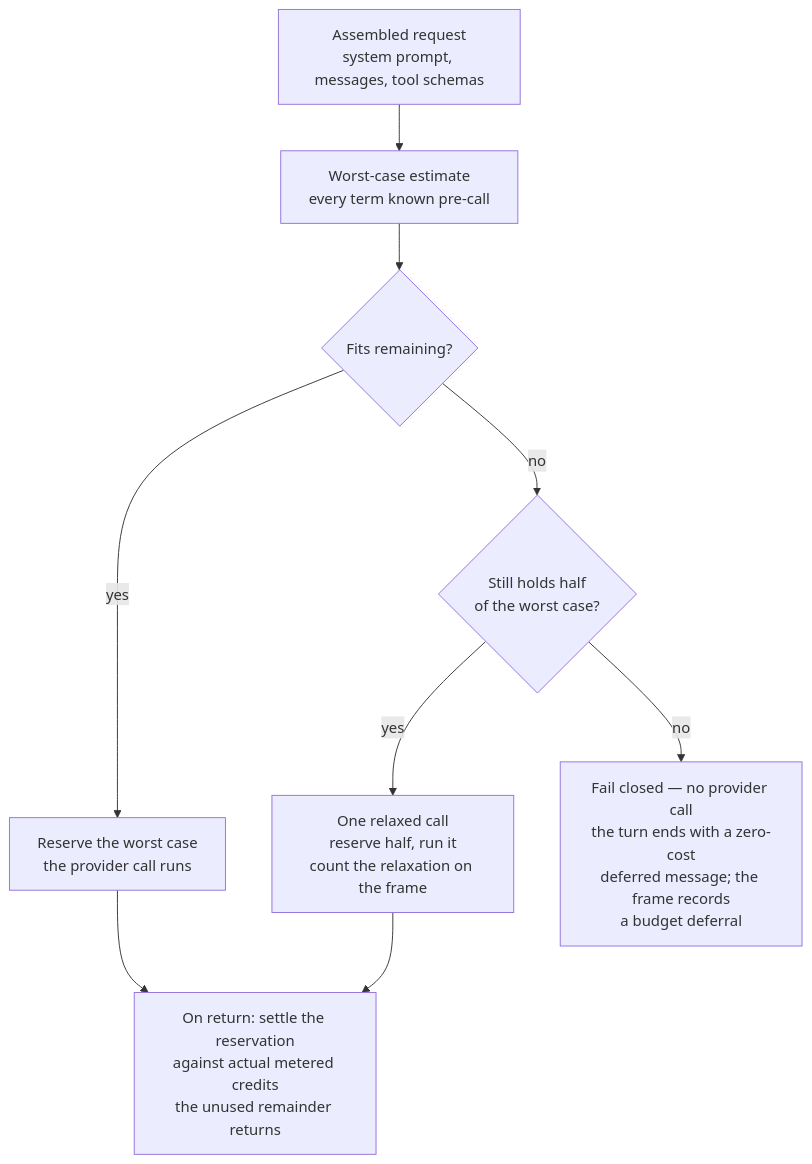
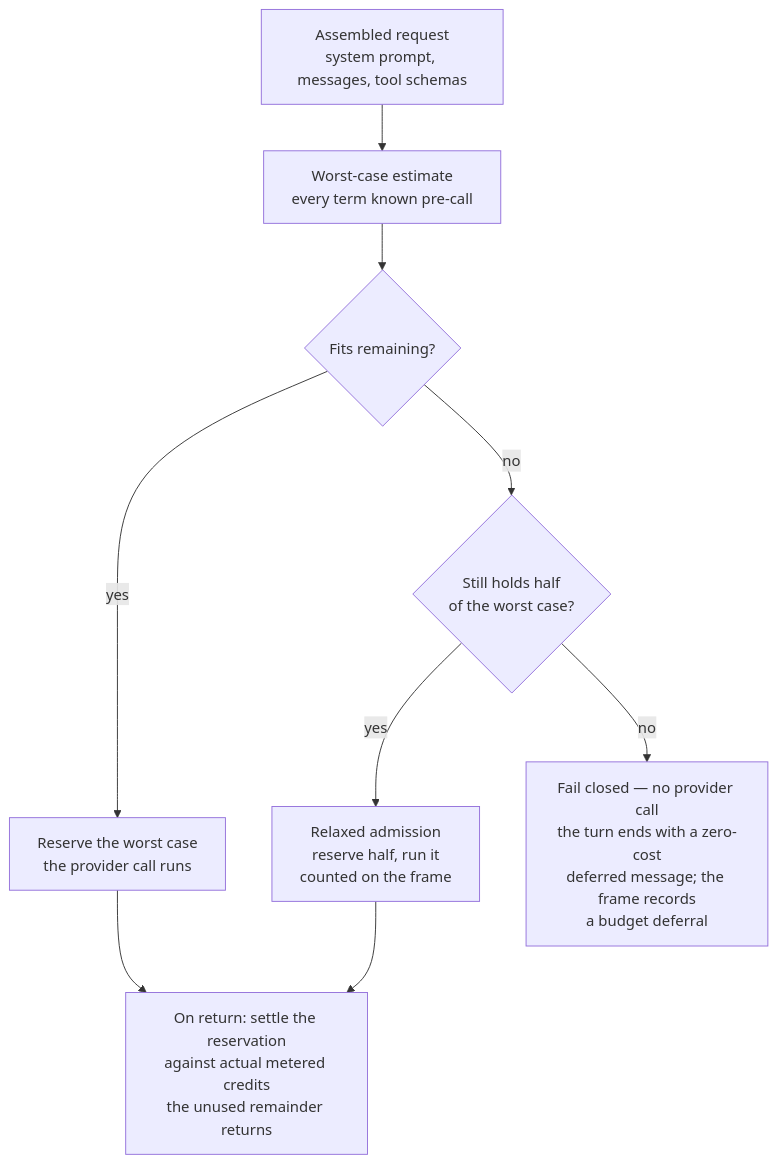
The second of 4 diagrams in site/src/content/docs/blog/2026-10-21-reserve-before-you-call.mdx (desalpage/desalpage), drawn with Mermaid before and after one commit. The commit also changed other lines of this file and 1 other file, not shown here.

````diff
--- a/site/src/content/docs/blog/2026-10-21-reserve-before-you-call.mdx
+++ b/site/src/content/docs/blog/2026-10-21-reserve-before-you-call.mdx
@@ -125,11 +129,11 @@
 ```mermaid
 flowchart TD
     REQ["Assembled request<br/>system prompt, messages, tool schemas"] --> EST["Worst-case estimate<br/>every term known pre-call"]
     EST --> FIT{"Fits remaining?"}
     FIT -- "yes" --> RUN["Reserve the worst case<br/>the provider call runs"]
     FIT -- "no" --> HALF{"Still holds half<br/>of the worst case?"}
-    HALF -- "yes" --> RELAX["One relaxed call<br/>reserve half, run it<br/>count the relaxation on the frame"]
+    HALF -- "yes" --> RELAX["Relaxed admission<br/>reserve half, run it<br/>counted on the frame"]
     HALF -- "no" --> DEFER["Fail closed — no provider call<br/>the turn ends with a zero-cost<br/>deferred message; the frame records<br/>a budget deferral"]
     RUN --> SETTLE["On return: settle the reservation<br/>against actual metered credits<br/>the unused remainder returns"]
     RELAX --> SETTLE
 ```
````
